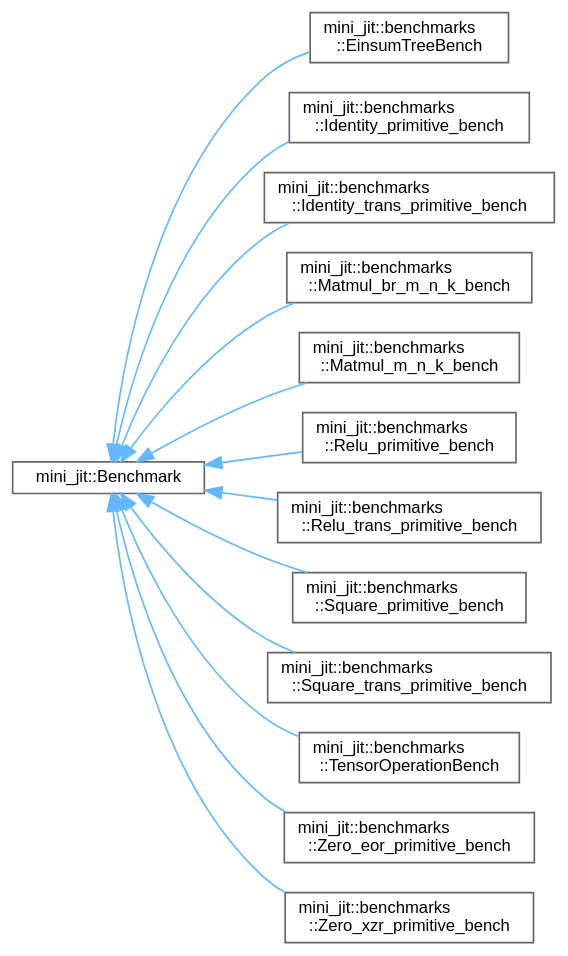
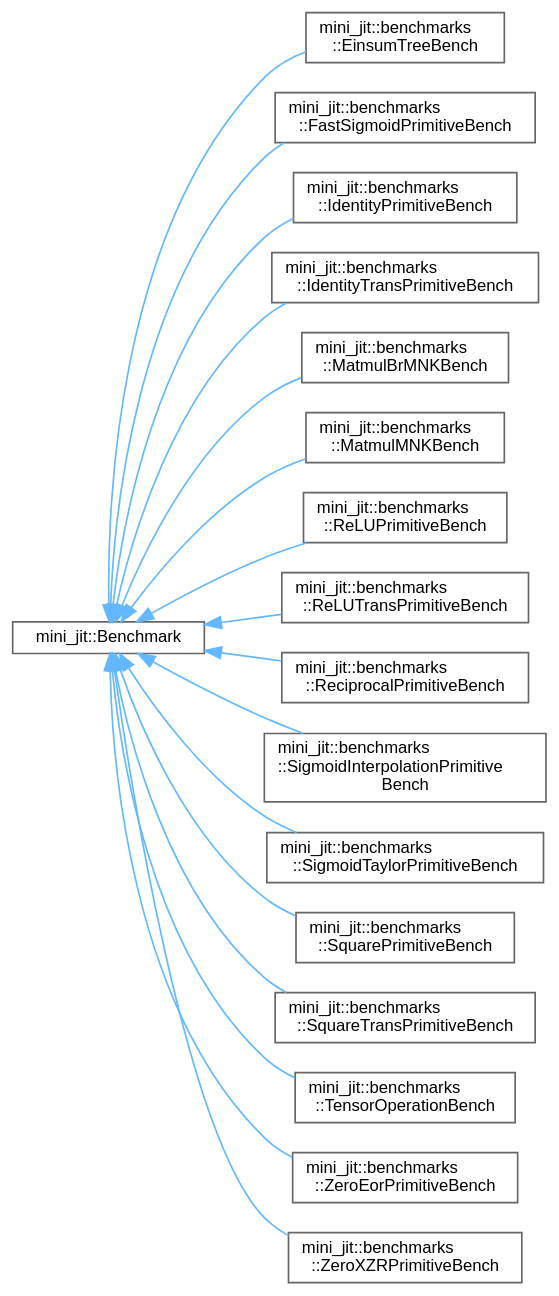
The diagram in inherit_graph_0.dot (Shad00Z/machine-learning-compilers), drawn with Graphviz before and after one commit. The commit also changed 239 other files, not shown here.

```diff
--- a/inherit_graph_0.dot
+++ b/inherit_graph_0.dot
@@ -1,33 +1,41 @@
 digraph "Graphical Class Hierarchy"
 {
  // LATEX_PDF_SIZE
   bgcolor="transparent";
   edge [fontname=Helvetica,fontsize=10,labelfontname=Helvetica,labelfontsize=10];
   node [fontname=Helvetica,fontsize=10,shape=box,height=0.2,width=0.4];
   rankdir="LR";
   Node0 [id="Node000000",label="mini_jit::Benchmark",height=0.2,width=0.4,color="grey40", fillcolor="white", style="filled",URL="$classmini__jit_1_1Benchmark.html",tooltip=" "];
   Node0 -> Node1 [id="edge1_Node000000_Node000001",dir="back",color="steelblue1",style="solid",tooltip=" "];
   Node1 [id="Node000001",label="mini_jit::benchmarks\l::EinsumTreeBench",height=0.2,width=0.4,color="grey40", fillcolor="white", style="filled",URL="$classmini__jit_1_1benchmarks_1_1EinsumTreeBench.html",tooltip=" "];
   Node0 -> Node2 [id="edge2_Node000000_Node000002",dir="back",color="steelblue1",style="solid",tooltip=" "];
-  Node2 [id="Node000002",label="mini_jit::benchmarks\l::Identity_primitive_bench",height=0.2,width=0.4,color="grey40", fillcolor="white", style="filled",URL="$classmini__jit_1_1benchmarks_1_1Identity__primitive__bench.html",tooltip=" "];
+  Node2 [id="Node000002",label="mini_jit::benchmarks\l::FastSigmoidPrimitiveBench",height=0.2,width=0.4,color="grey40", fillcolor="white", style="filled",URL="$classmini__jit_1_1benchmarks_1_1FastSigmoidPrimitiveBench.html",tooltip=" "];
   Node0 -> Node3 [id="edge3_Node000000_Node000003",dir="back",color="steelblue1",style="solid",tooltip=" "];
-  Node3 [id="Node000003",label="mini_jit::benchmarks\l::Identity_trans_primitive_bench",height=0.2,width=0.4,color="grey40", fillcolor="white", style="filled",URL="$classmini__jit_1_1benchmarks_1_1Identity__trans__primitive__bench.html",tooltip=" "];
+  Node3 [id="Node000003",label="mini_jit::benchmarks\l::IdentityPrimitiveBench",height=0.2,width=0.4,color="grey40", fillcolor="white", style="filled",URL="$classmini__jit_1_1benchmarks_1_1IdentityPrimitiveBench.html",tooltip=" "];
   Node0 -> Node4 [id="edge4_Node000000_Node000004",dir="back",color="steelblue1",style="solid",tooltip=" "];
-  Node4 [id="Node000004",label="mini_jit::benchmarks\l::Matmul_br_m_n_k_bench",height=0.2,width=0.4,color="grey40", fillcolor="white", style="filled",URL="$classmini__jit_1_1benchmarks_1_1Matmul__br__m__n__k__bench.html",tooltip="Benchmark for matrix multiplication using BRGEMM."];
+  Node4 [id="Node000004",label="mini_jit::benchmarks\l::IdentityTransPrimitiveBench",height=0.2,width=0.4,color="grey40", fillcolor="white", style="filled",URL="$classmini__jit_1_1benchmarks_1_1IdentityTransPrimitiveBench.html",tooltip=" "];
   Node0 -> Node5 [id="edge5_Node000000_Node000005",dir="back",color="steelblue1",style="solid",tooltip=" "];
-  Node5 [id="Node000005",label="mini_jit::benchmarks\l::Matmul_m_n_k_bench",height=0.2,width=0.4,color="grey40", fillcolor="white", style="filled",URL="$classmini__jit_1_1benchmarks_1_1Matmul__m__n__k__bench.html",tooltip=" "];
+  Node5 [id="Node000005",label="mini_jit::benchmarks\l::MatmulBrMNKBench",height=0.2,width=0.4,color="grey40", fillcolor="white", style="filled",URL="$classmini__jit_1_1benchmarks_1_1MatmulBrMNKBench.html",tooltip="Benchmark for matrix multiplication using BRGEMM."];
   Node0 -> Node6 [id="edge6_Node000000_Node000006",dir="back",color="steelblue1",style="solid",tooltip=" "];
-  Node6 [id="Node000006",label="mini_jit::benchmarks\l::Relu_primitive_bench",height=0.2,width=0.4,color="grey40", fillcolor="white", style="filled",URL="$classmini__jit_1_1benchmarks_1_1Relu__primitive__bench.html",tooltip=" "];
+  Node6 [id="Node000006",label="mini_jit::benchmarks\l::MatmulMNKBench",height=0.2,width=0.4,color="grey40", fillcolor="white", style="filled",URL="$classmini__jit_1_1benchmarks_1_1MatmulMNKBench.html",tooltip=" "];
   Node0 -> Node7 [id="edge7_Node000000_Node000007",dir="back",color="steelblue1",style="solid",tooltip=" "];
-  Node7 [id="Node000007",label="mini_jit::benchmarks\l::Relu_trans_primitive_bench",height=0.2,width=0.4,color="grey40", fillcolor="white", style="filled",URL="$classmini__jit_1_1benchmarks_1_1Relu__trans__primitive__bench.html",tooltip=" "];
+  Node7 [id="Node000007",label="mini_jit::benchmarks\l::ReLUPrimitiveBench",height=0.2,width=0.4,color="grey40", fillcolor="white", style="filled",URL="$classmini__jit_1_1benchmarks_1_1ReLUPrimitiveBench.html",tooltip=" "];
   Node0 -> Node8 [id="edge8_Node000000_Node000008",dir="back",color="steelblue1",style="solid",tooltip=" "];
-  Node8 [id="Node000008",label="mini_jit::benchmarks\l::Square_primitive_bench",height=0.2,width=0.4,color="grey40", fillcolor="white", style="filled",URL="$classmini__jit_1_1benchmarks_1_1Square__primitive__bench.html",tooltip=" "];
+  Node8 [id="Node000008",label="mini_jit::benchmarks\l::ReLUTransPrimitiveBench",height=0.2,width=0.4,color="grey40", fillcolor="white", style="filled",URL="$classmini__jit_1_1benchmarks_1_1ReLUTransPrimitiveBench.html",tooltip=" "];
   Node0 -> Node9 [id="edge9_Node000000_Node000009",dir="back",color="steelblue1",style="solid",tooltip=" "];
-  Node9 [id="Node000009",label="mini_jit::benchmarks\l::Square_trans_primitive_bench",height=0.2,width=0.4,color="grey40", fillcolor="white", style="filled",URL="$classmini__jit_1_1benchmarks_1_1Square__trans__primitive__bench.html",tooltip=" "];
+  Node9 [id="Node000009",label="mini_jit::benchmarks\l::ReciprocalPrimitiveBench",height=0.2,width=0.4,color="grey40", fillcolor="white", style="filled",URL="$classmini__jit_1_1benchmarks_1_1ReciprocalPrimitiveBench.html",tooltip=" "];
   Node0 -> Node10 [id="edge10_Node000000_Node000010",dir="back",color="steelblue1",style="solid",tooltip=" "];
-  Node10 [id="Node000010",label="mini_jit::benchmarks\l::TensorOperationBench",height=0.2,width=0.4,color="grey40", fillcolor="white", style="filled",URL="$classmini__jit_1_1benchmarks_1_1TensorOperationBench.html",tooltip=" "];
+  Node10 [id="Node000010",label="mini_jit::benchmarks\l::SigmoidInterpolationPrimitive\lBench",height=0.2,width=0.4,color="grey40", fillcolor="white", style="filled",URL="$classmini__jit_1_1benchmarks_1_1SigmoidInterpolationPrimitiveBench.html",tooltip=" "];
   Node0 -> Node11 [id="edge11_Node000000_Node000011",dir="back",color="steelblue1",style="solid",tooltip=" "];
-  Node11 [id="Node000011",label="mini_jit::benchmarks\l::Zero_eor_primitive_bench",height=0.2,width=0.4,color="grey40", fillcolor="white", style="filled",URL="$classmini__jit_1_1benchmarks_1_1Zero__eor__primitive__bench.html",tooltip=" "];
+  Node11 [id="Node000011",label="mini_jit::benchmarks\l::SigmoidTaylorPrimitiveBench",height=0.2,width=0.4,color="grey40", fillcolor="white", style="filled",URL="$classmini__jit_1_1benchmarks_1_1SigmoidTaylorPrimitiveBench.html",tooltip=" "];
   Node0 -> Node12 [id="edge12_Node000000_Node000012",dir="back",color="steelblue1",style="solid",tooltip=" "];
-  Node12 [id="Node000012",label="mini_jit::benchmarks\l::Zero_xzr_primitive_bench",height=0.2,width=0.4,color="grey40", fillcolor="white", style="filled",URL="$classmini__jit_1_1benchmarks_1_1Zero__xzr__primitive__bench.html",tooltip=" "];
+  Node12 [id="Node000012",label="mini_jit::benchmarks\l::SquarePrimitiveBench",height=0.2,width=0.4,color="grey40", fillcolor="white", style="filled",URL="$classmini__jit_1_1benchmarks_1_1SquarePrimitiveBench.html",tooltip=" "];
+  Node0 -> Node13 [id="edge13_Node000000_Node000013",dir="back",color="steelblue1",style="solid",tooltip=" "];
+  Node13 [id="Node000013",label="mini_jit::benchmarks\l::SquareTransPrimitiveBench",height=0.2,width=0.4,color="grey40", fillcolor="white", style="filled",URL="$classmini__jit_1_1benchmarks_1_1SquareTransPrimitiveBench.html",tooltip=" "];
+  Node0 -> Node14 [id="edge14_Node000000_Node000014",dir="back",color="steelblue1",style="solid",tooltip=" "];
+  Node14 [id="Node000014",label="mini_jit::benchmarks\l::TensorOperationBench",height=0.2,width=0.4,color="grey40", fillcolor="white", style="filled",URL="$classmini__jit_1_1benchmarks_1_1TensorOperationBench.html",tooltip=" "];
+  Node0 -> Node15 [id="edge15_Node000000_Node000015",dir="back",color="steelblue1",style="solid",tooltip=" "];
+  Node15 [id="Node000015",label="mini_jit::benchmarks\l::ZeroEorPrimitiveBench",height=0.2,width=0.4,color="grey40", fillcolor="white", style="filled",URL="$classmini__jit_1_1benchmarks_1_1ZeroEorPrimitiveBench.html",tooltip=" "];
+  Node0 -> Node16 [id="edge16_Node000000_Node000016",dir="back",color="steelblue1",style="solid",tooltip=" "];
+  Node16 [id="Node000016",label="mini_jit::benchmarks\l::ZeroXZRPrimitiveBench",height=0.2,width=0.4,color="grey40", fillcolor="white", style="filled",URL="$classmini__jit_1_1benchmarks_1_1ZeroXZRPrimitiveBench.html",tooltip=" "];
 }
```
